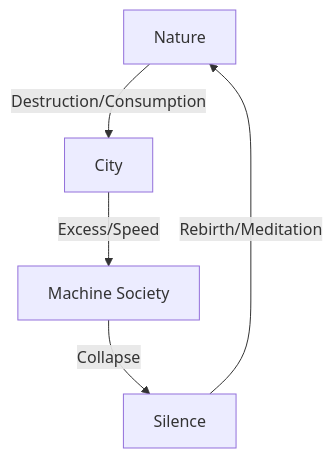
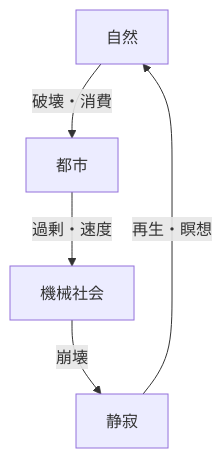
The second of 2 diagrams in en/_posts/2025-11-13-column-koyaanisqatsi.md (monumental-movement/monumental-movement.github.io), drawn with Mermaid before and after one commit. The commit also changed other lines of this file and 211 other files, not shown here.

```diff
--- a/en/_posts/2025-11-13-column-koyaanisqatsi.md
+++ b/en/_posts/2025-11-13-column-koyaanisqatsi.md
@@ -148,9 +148,9 @@
 <div class="mermaid">
 
 graph TD
-A[Nature] -->|Destruction/Consumption| B[City]
-B -->|Excess/Speed| C[Machine Society]
-C -->|Collapse| D[Silence]
-D -->|Rebirth/Meditation| A
+A[自然] -->|破壊・消費| B[都市]
+B -->|過剰・速度| C[機械社会]
+C -->|崩壊| D[静寂]
+D -->|再生・瞑想| A
 
 </div>
```
